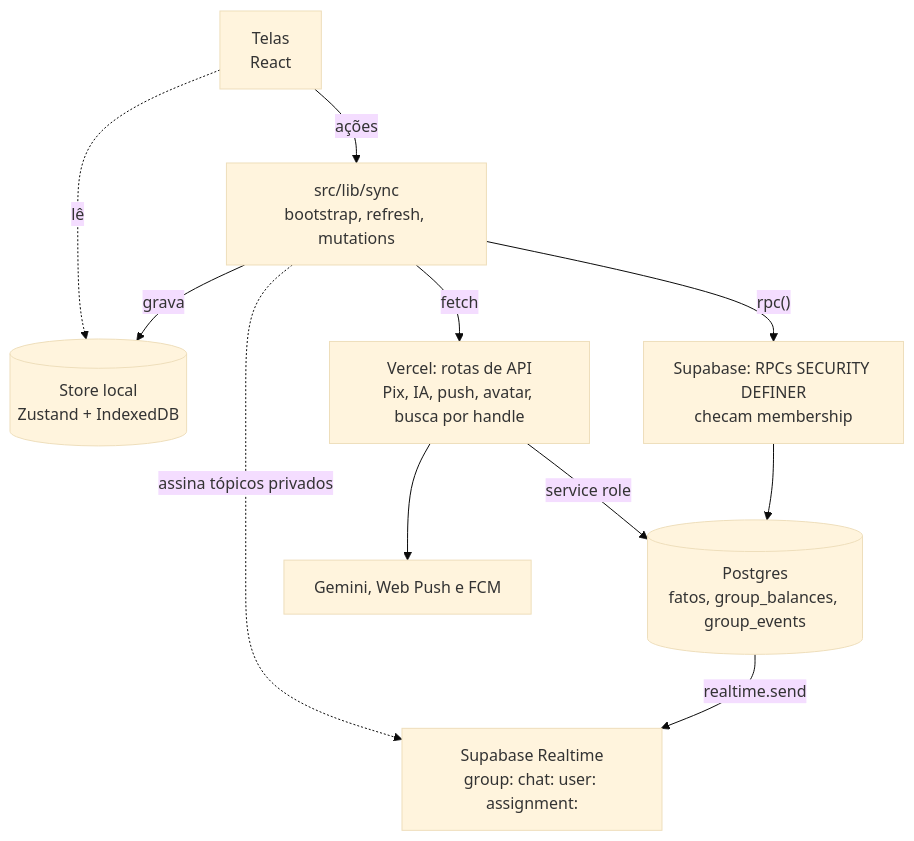
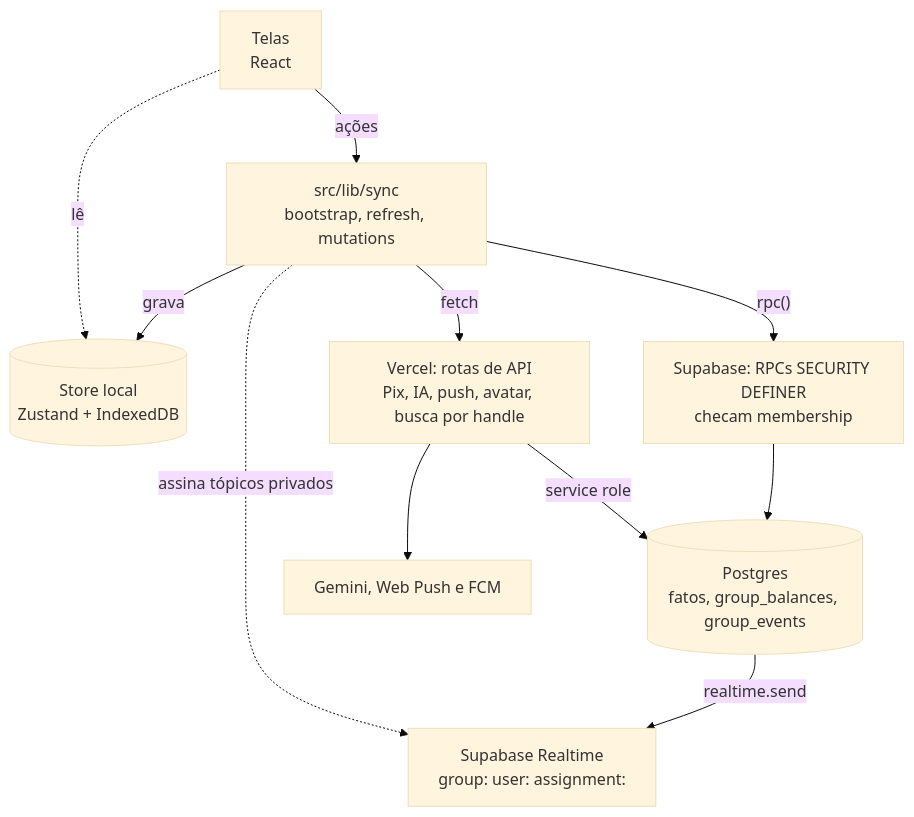
One commit to tprei/dividimos changed the fourth of 9 diagrams in README.md. Above: the diagram before and after it, drawn with Mermaid (base theme). The commit also changed other lines of this file and 10 other files, not shown here.

````diff
--- a/README.md
+++ b/README.md
@@ -195,13 +195,13 @@
 ```mermaid
 flowchart TB
     telas["Telas<br/>React"] -->|ações| sync["src/lib/sync<br/>bootstrap, refresh, mutations"]
     telas -.->|lê| store[("Store local<br/>Zustand + IndexedDB")]
     sync -->|grava| store
     sync -->|fetch| api["Vercel: rotas de API<br/>Pix, IA, push, avatar, busca por handle"]
     sync -->|"rpc()"| rpc["Supabase: RPCs SECURITY DEFINER<br/>checam membership"]
-    sync -.->|assina tópicos privados| rt["Supabase Realtime<br/>group: chat: user: assignment:"]
+    sync -.->|assina tópicos privados| rt["Supabase Realtime<br/>group: user: assignment:"]
     api -->|service role| pg[("Postgres<br/>fatos, group_balances, group_events")]
     rpc --> pg
     pg -->|realtime.send| rt
     api --> ext["Gemini, Web Push e FCM"]
 ```
````
